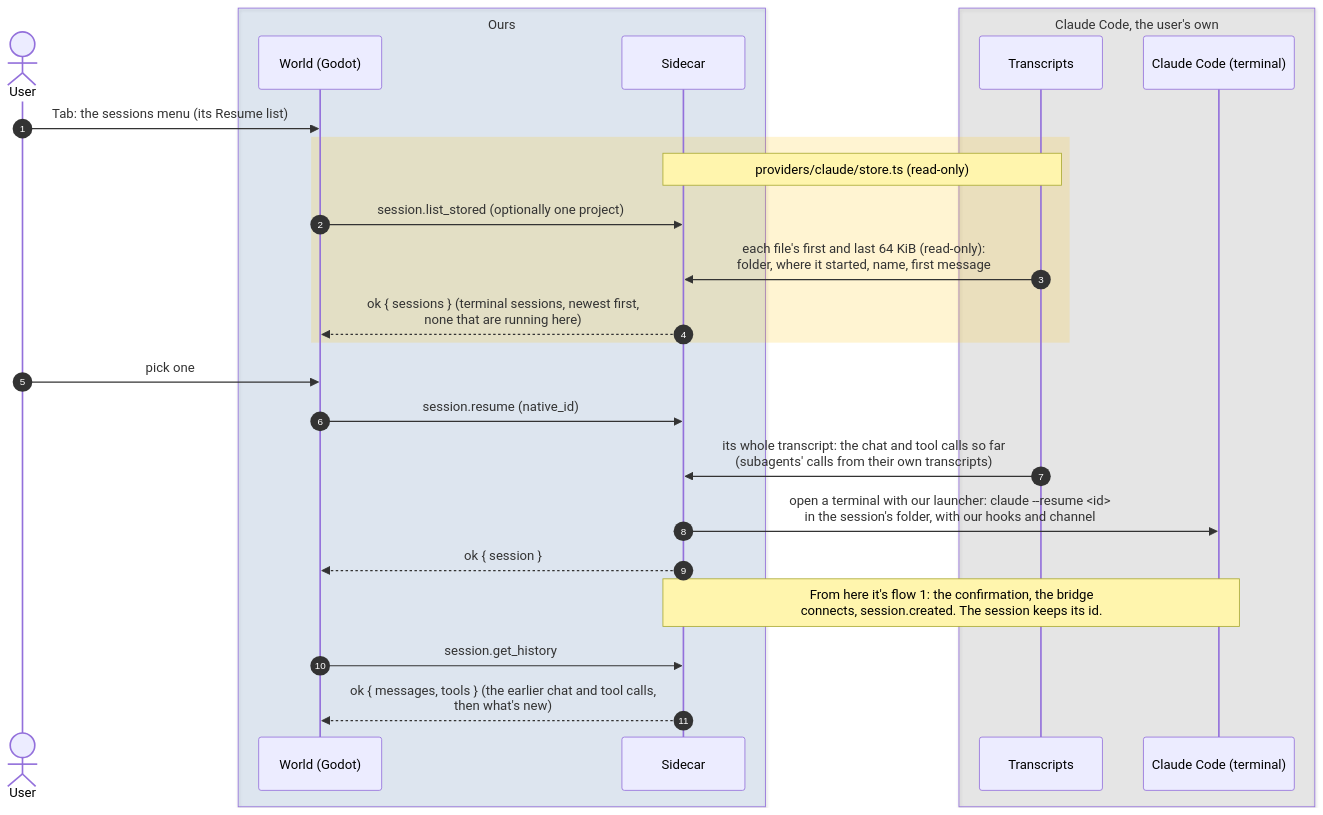
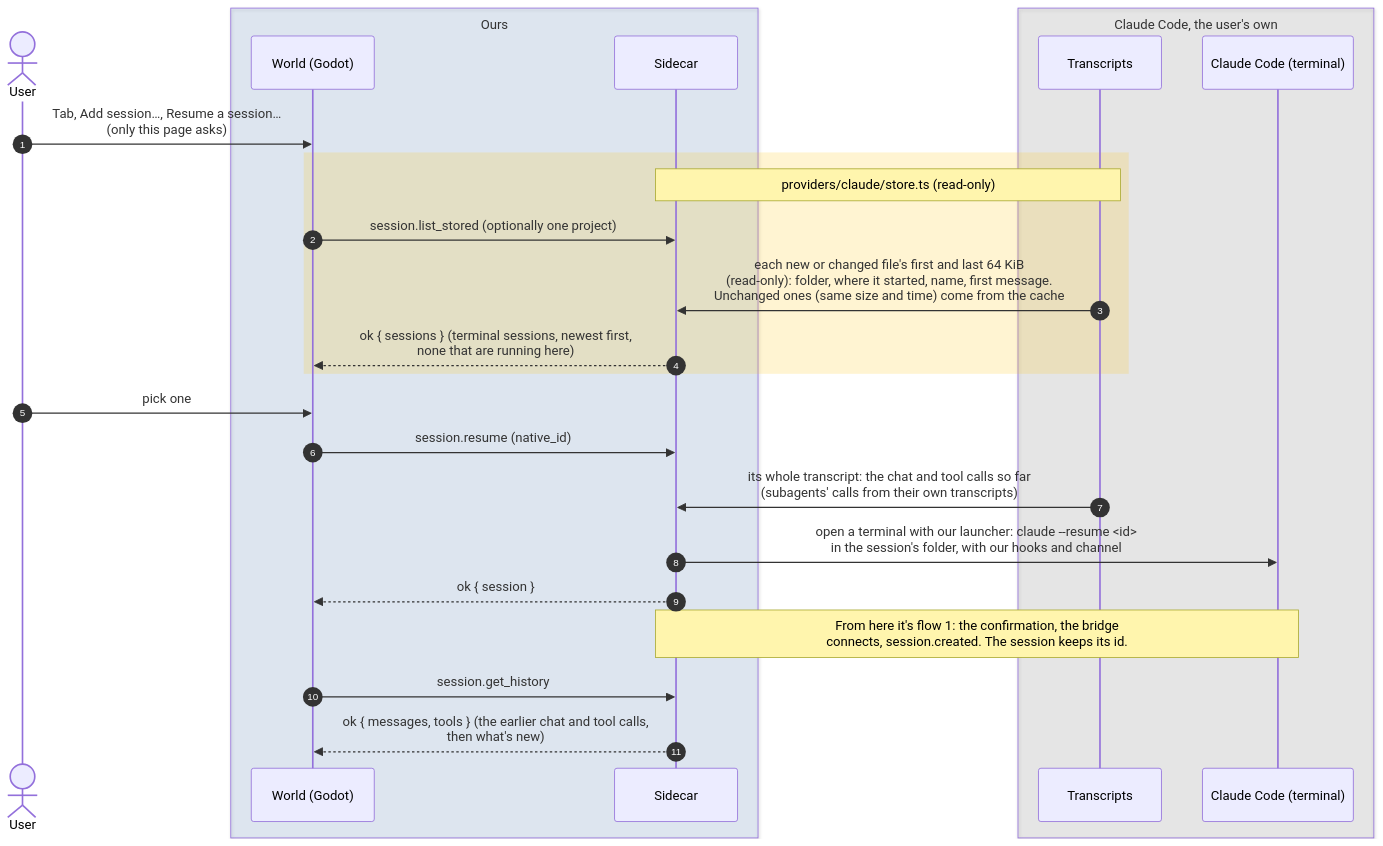
One commit to PaoloPortugal/The-Beach changed the diagram in docs/diagrams/sequence/08-resume-stored-session.md. Above: the diagram before and after it, drawn with Mermaid. The commit also changed 6 other files, not shown here.

Commit message:
Docs: S04 Resume on its own page; the sidecar keeps its listing (NOTES S03/S04/W05/W08/W10, watch item, GUIDE, flows 01 and 08, dev log, live checklist)

````diff
--- a/docs/diagrams/sequence/08-resume-stored-session.md
+++ b/docs/diagrams/sequence/08-resume-stored-session.md
@@ -7,31 +7,31 @@
 ```mermaid
 sequenceDiagram
     autonumber
     actor User
 
     box rgba(47,111,191,0.12) Ours
         participant World as World (Godot)
         participant Sidecar
     end
 
     box rgba(128,128,128,0.14) Claude Code, the user's own
         participant Store as Transcripts
         participant Claude as Claude Code (terminal)
     end
 
-    User->>World: Tab: the sessions menu (its Resume list)
+    User->>World: Tab, Add session…, Resume a session…<br/>(only this page asks)
     rect rgba(255,193,7,0.18)
         Note over Sidecar,Store: providers/claude/store.ts (read-only)
         World->>Sidecar: session.list_stored (optionally one project)
-        Store->>Sidecar: each file's first and last 64 KiB (read-only):<br/>folder, where it started, name, first message
+        Store->>Sidecar: each new or changed file's first and last 64 KiB<br/>(read-only): folder, where it started, name, first message.<br/>Unchanged ones (same size and time) come from the cache
         Sidecar-->>World: ok { sessions } (terminal sessions, newest first,<br/>none that are running here)
     end
     User->>World: pick one
     World->>Sidecar: session.resume (native_id)
     Store->>Sidecar: its whole transcript: the chat and tool calls so far<br/>(subagents' calls from their own transcripts)
     Sidecar->>Claude: open a terminal with our launcher: claude --resume <id><br/>in the session's folder, with our hooks and channel
     Sidecar-->>World: ok { session }
     Note over Claude,Sidecar: From here it's flow 1: the confirmation, the bridge<br/>connects, session.created. The session keeps its id.
     World->>Sidecar: session.get_history
     Sidecar-->>World: ok { messages, tools } (the earlier chat and tool calls,<br/>then what's new)
 ```
````
